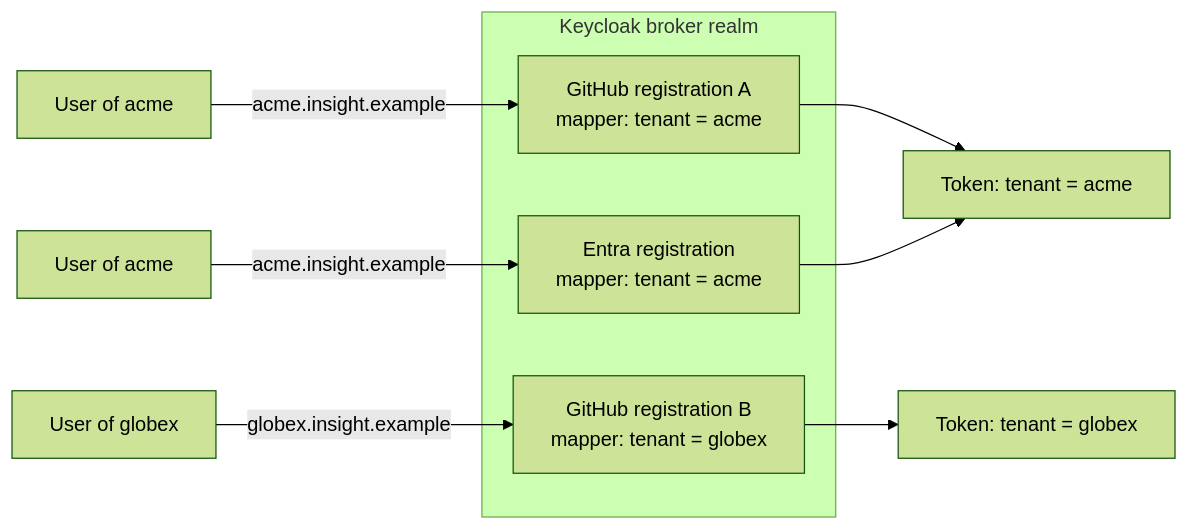
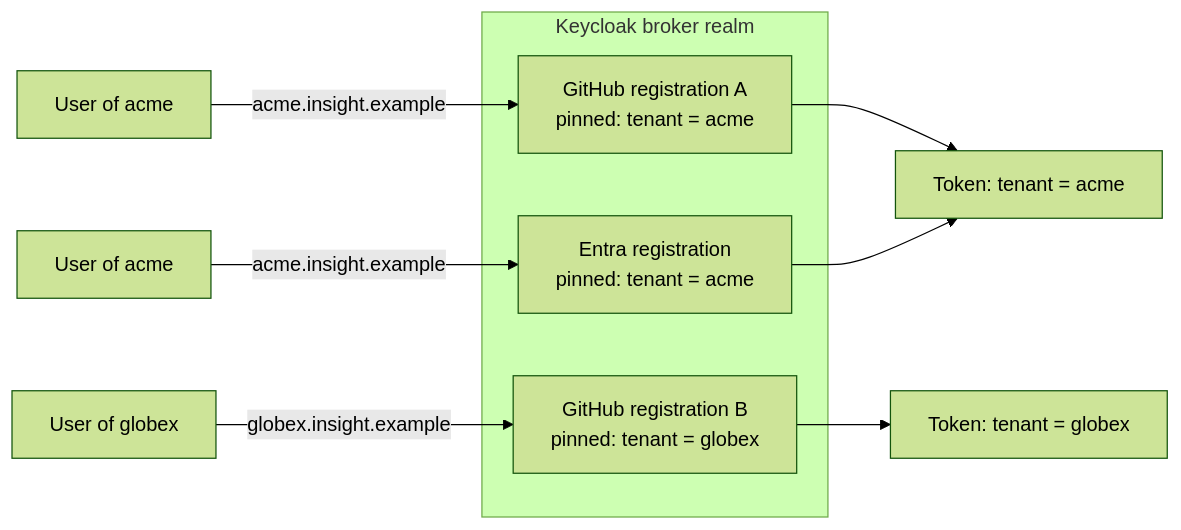
Before and after one commit to hello1101n/insight: the fourth of 5 diagrams in docs/domain/multi-tenancy/README.md, drawn with Mermaid (forest theme). The commit also changed other lines of this file, not shown here.

First line of the commit message:
docs(tenant): the tenant is pinned in the Keycloak config

````diff
--- a/docs/domain/multi-tenancy/README.md
+++ b/docs/domain/multi-tenancy/README.md
@@ -172,14 +172,14 @@
 ```mermaid
 flowchart LR
     subgraph KC[Keycloak broker realm]
-        R1[GitHub registration A<br/>mapper: tenant = acme]
-        R2[Entra registration<br/>mapper: tenant = acme]
-        R3[GitHub registration B<br/>mapper: tenant = globex]
+        R1[GitHub registration A<br/>pinned: tenant = acme]
+        R2[Entra registration<br/>pinned: tenant = acme]
+        R3[GitHub registration B<br/>pinned: tenant = globex]
     end
     U1[User of acme] -->|acme.insight.example| R1
     U2[User of acme] -->|acme.insight.example| R2
     U3[User of globex] -->|globex.insight.example| R3
     R1 --> T1[Token: tenant = acme]
     R2 --> T1
     R3 --> T2[Token: tenant = globex]
 ```
````
